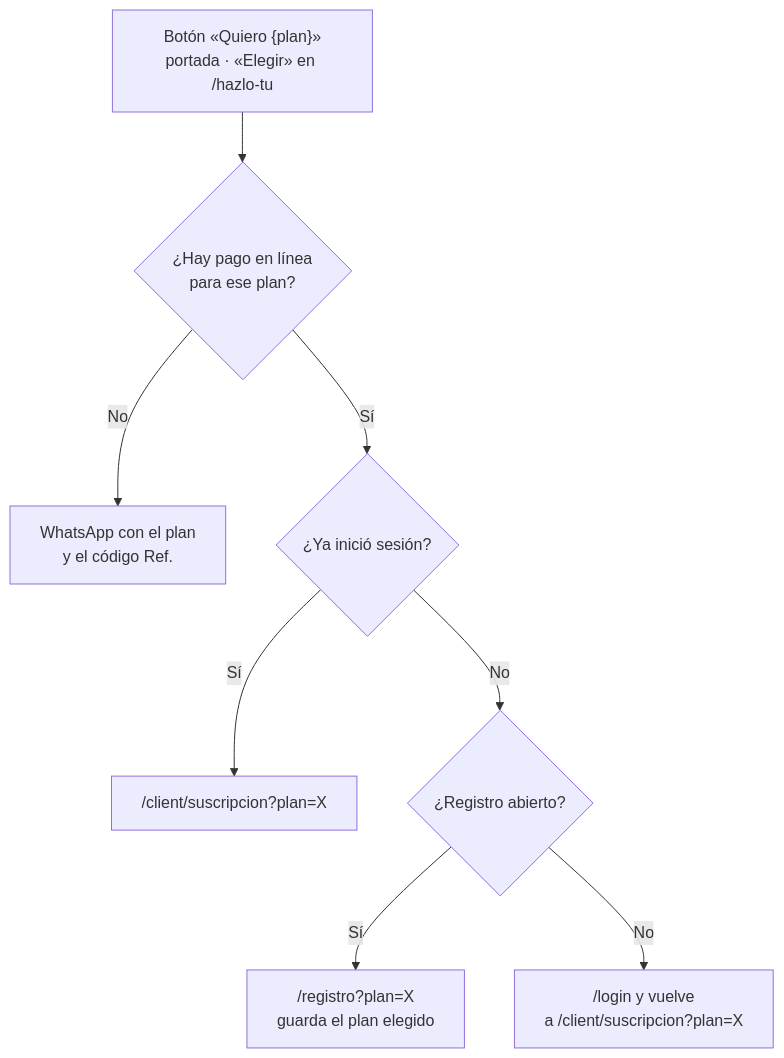
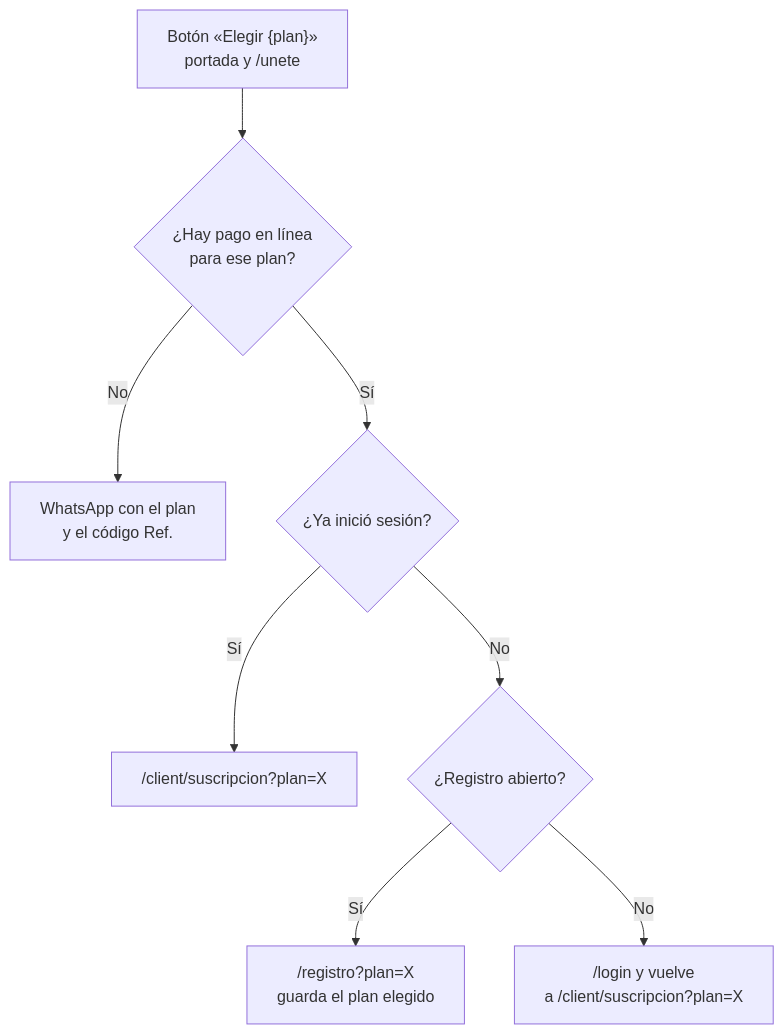
The second of 5 diagrams in docs/flujo-navegacion.md (ccdana/Bida-Events), drawn with Mermaid before and after one commit. The commit also changed other lines of this file and 75 other files, not shown here.

````diff
--- a/docs/flujo-navegacion.md
+++ b/docs/flujo-navegacion.md
@@ -32,10 +32,10 @@
 ```mermaid
 flowchart TD
-  Q["Botón «Quiero {plan}»<br/>portada · «Elegir» en /hazlo-tu"] --> M{"¿Hay pago en línea<br/>para ese plan?"}
+  Q["Botón «Elegir {plan}»<br/>portada y /unete"] --> M{"¿Hay pago en línea<br/>para ese plan?"}
   M -->|"No"| W["WhatsApp con el plan<br/>y el código Ref."]
   M -->|"Sí"| U{"¿Ya inició sesión?"}
   U -->|"Sí"| S["/client/suscripcion?plan=X"]
   U -->|"No"| G{"¿Registro abierto?"}
   G -->|"Sí"| R["/registro?plan=X<br/>guarda el plan elegido"]
   G -->|"No"| L["/login y vuelve<br/>a /client/suscripcion?plan=X"]
 ```
````
